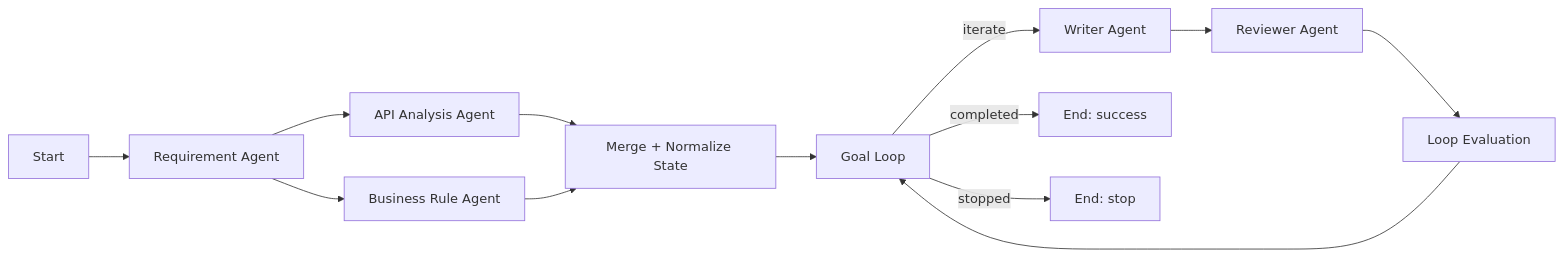
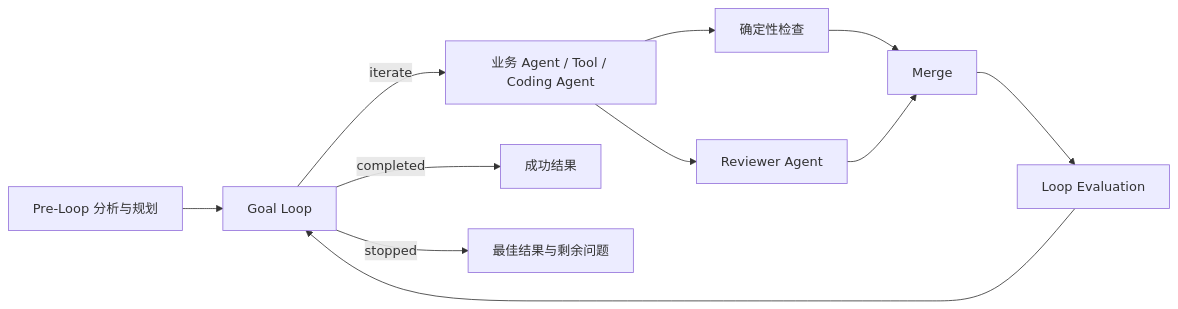
One commit to Xushuo174/Talent-AI changed the second of 4 diagrams in 设计文档.md. Above: the diagram before and after it, drawn with Mermaid. The commit also changed other lines of this file and 1 other file, not shown here.

````diff
--- a/设计文档.md
+++ b/设计文档.md
@@ -259,15 +253,13 @@
 ```mermaid
 flowchart LR
-    S[Start] --> R[Requirement Agent]
-    R --> A1[API Analysis Agent]
-    R --> A2[Business Rule Agent]
-    A1 --> M[Merge + Normalize State]
-    A2 --> M
-    M --> G[Goal Loop]
-    G -->|iterate| W[Writer Agent]
-    W --> RV[Reviewer Agent]
-    RV --> EVAL[Loop Evaluation]
-    EVAL --> G
-    G -->|completed| E[End: success]
-    G -->|stopped| X[End: stop]
+    P[Pre-Loop 分析与规划] --> G[Goal Loop]
+    G -->|iterate| B[业务 Agent / Tool / Coding Agent]
+    B --> T[确定性检查]
+    B --> R[Reviewer Agent]
+    T --> M[Merge]
+    R --> M
+    M --> E[Loop Evaluation]
+    E --> G
+    G -->|completed| C[成功结果]
+    G -->|stopped| S[最佳结果与剩余问题]
 ```
````
